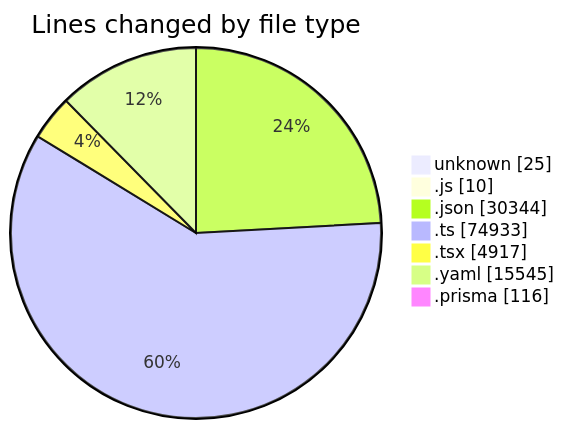
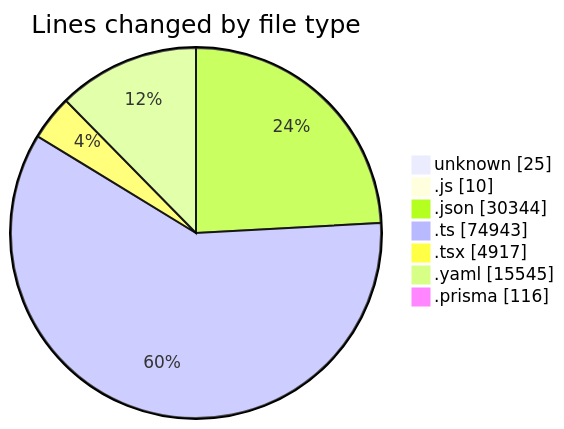
The first of 2 diagrams in 2025-05-02/ecodeli/README.md (CELIANVF/code-tracking), drawn with Mermaid before and after one commit. The commit also changed other lines of this file and 1 other file, not shown here.

````diff
--- a/2025-05-02/ecodeli/README.md
+++ b/2025-05-02/ecodeli/README.md
@@ -74,11 +75,11 @@
 ```mermaid
 pie showData
 title Lines changed by file type
 "unknown" : 25
 ".js" : 10
 ".json" : 30344
-".ts" : 74933
+".ts" : 74943
 ".tsx" : 4917
 ".yaml" : 15545
 ".prisma" : 116
 ```
````
